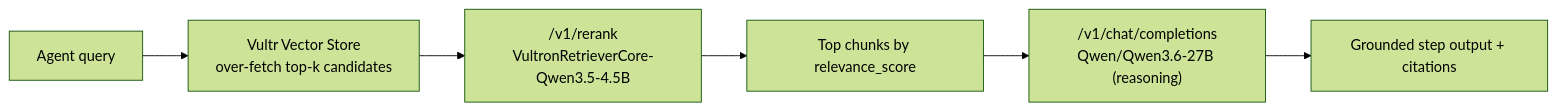
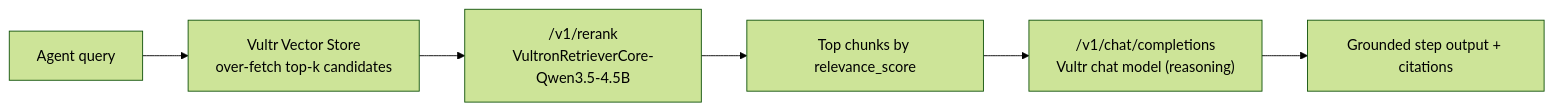
Before and after one commit to knarayanareddy/Sentinel: the third of 4 diagrams in README.md, drawn with Mermaid (forest theme). The commit also changed other lines of this file and 3 other files, not shown here.

Commit message:
README: product screenshots up top, neutral tone, accurate model attribution

````diff
--- a/README.md
+++ b/README.md
@@ -79,8 +85,8 @@
 ```mermaid
 flowchart LR
     Q[Agent query] --> VS["Vultr Vector Store<br/>over-fetch top-k candidates"]
     VS --> RR["/v1/rerank<br/>VultronRetrieverCore-Qwen3.5-4.5B"]
     RR --> TOP["Top chunks by relevance_score"]
-    TOP --> LLM["/v1/chat/completions<br/>Qwen/Qwen3.6-27B (reasoning)"]
+    TOP --> LLM["/v1/chat/completions<br/>Vultr chat model (reasoning)"]
     LLM --> OUT["Grounded step output + citations"]
 ```
````
